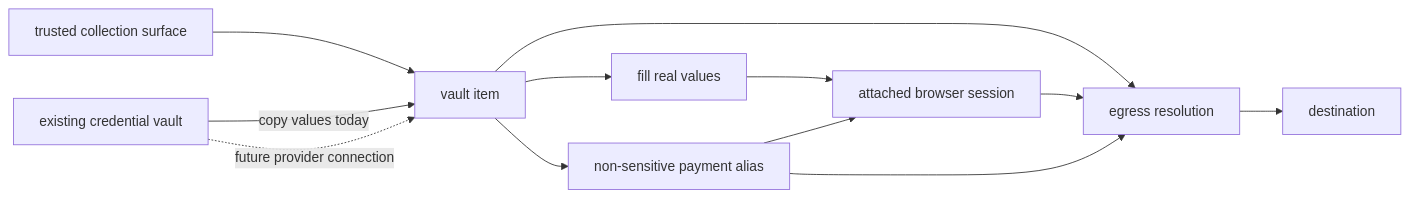
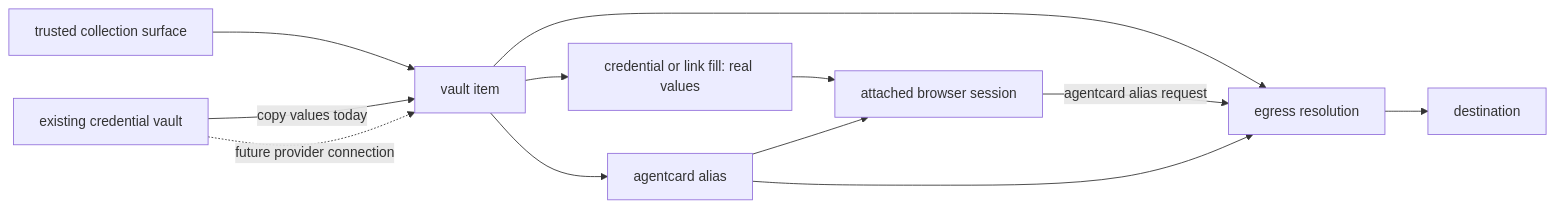
One commit to kernel/docs changed the diagram in vaults/overview.mdx. Above: the diagram before and after it, drawn with Mermaid. The commit also changed other lines of this file and 7 other files, not shown here.

Commit message:
Replace Link alias guidance with vault-item fill

````diff
--- a/vaults/overview.mdx
+++ b/vaults/overview.mdx
@@ -111,14 +110,14 @@
 ```mermaid
 flowchart LR
   T[trusted collection surface] --> I[vault item]
   V[existing credential vault] -->|copy values today| I
   V -. future provider connection .-> I
-  I --> F[fill real values]
+  I --> F[credential or link fill: real values]
   F --> B[attached browser session]
-  I --> A[non-sensitive payment alias]
+  I --> A[agentcard alias]
   A --> B[attached browser session]
   I --> E[egress resolution]
-  B --> E
+  B -->|agentcard alias request| E
   A --> E
   E --> D[destination]
 ```
````
